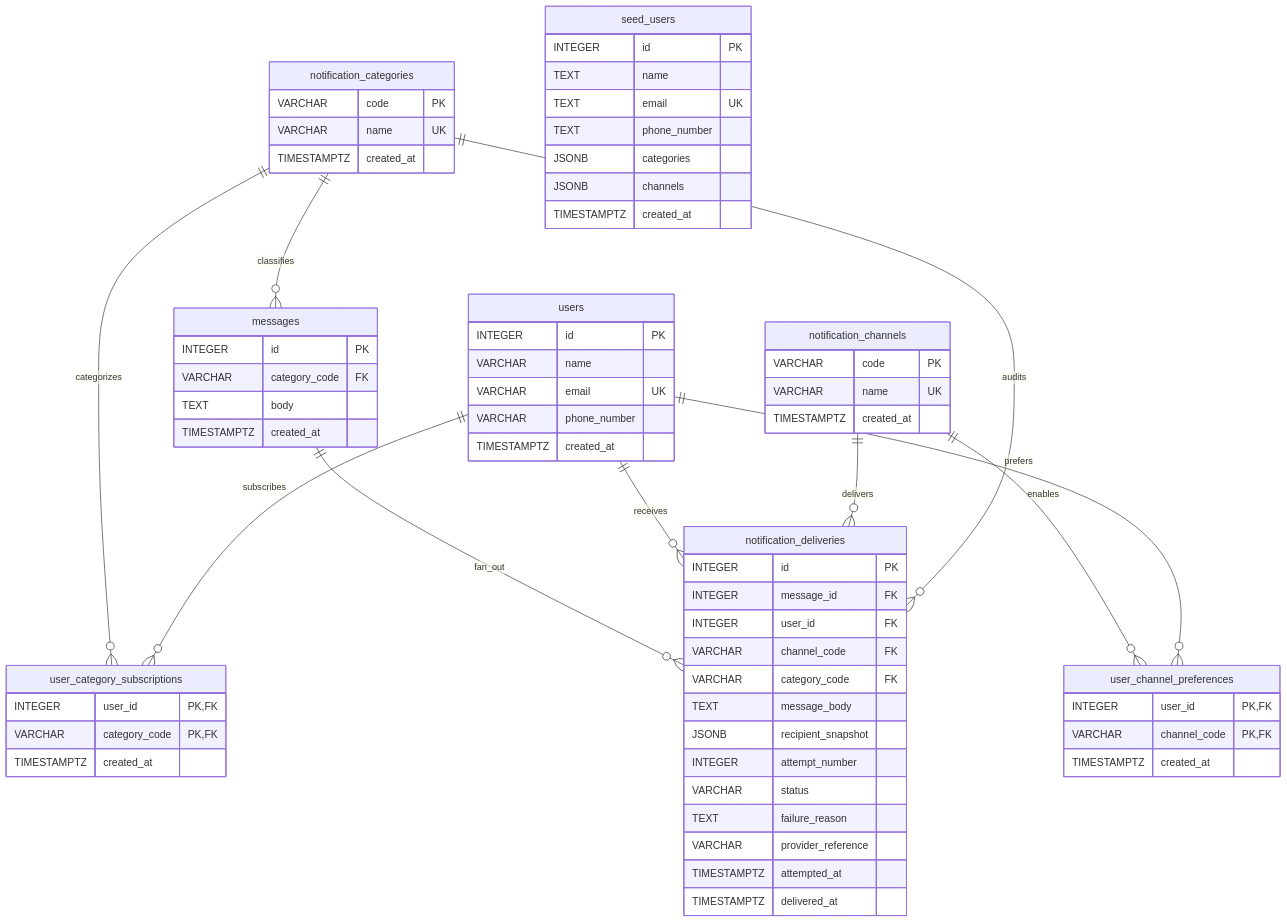
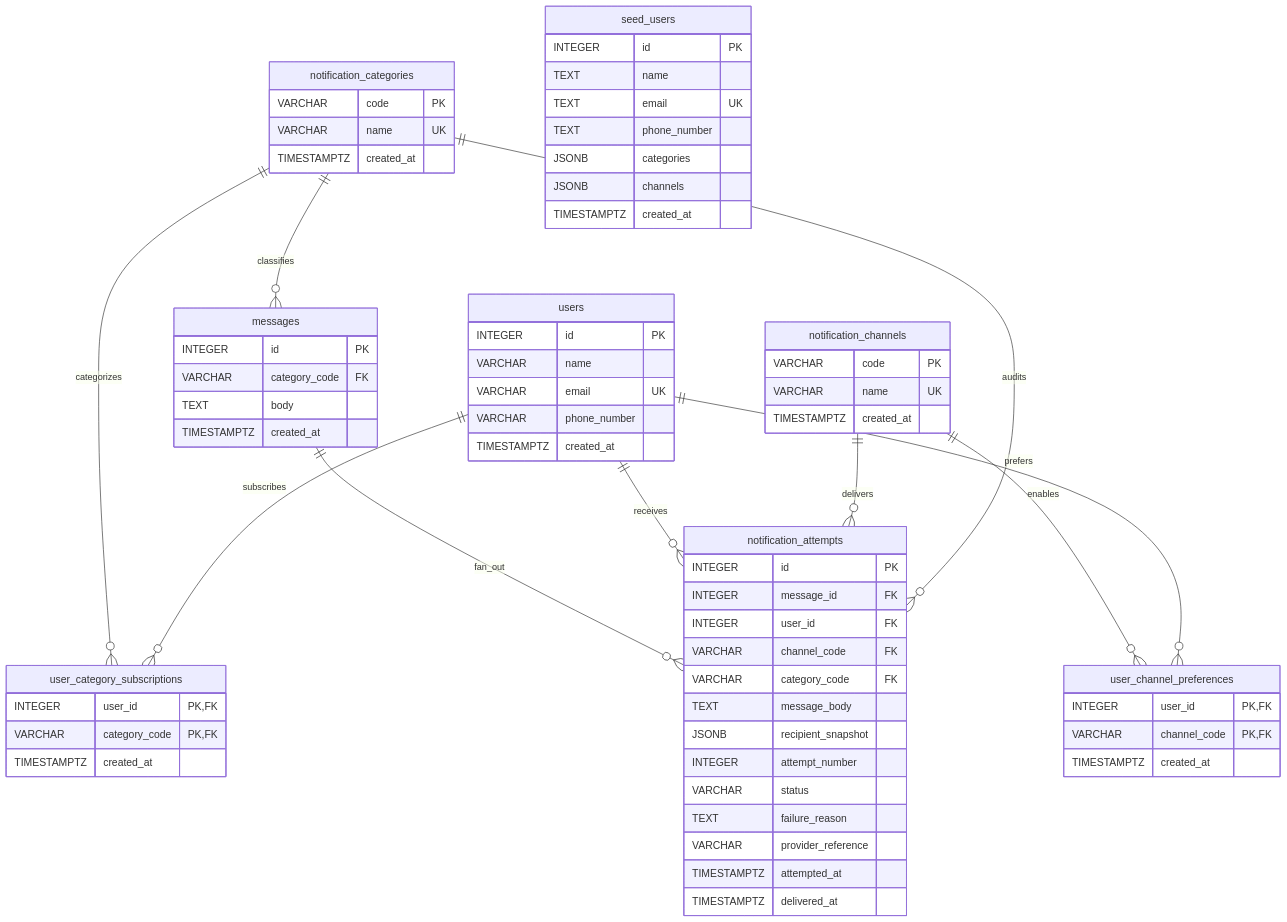
Before and after one commit to guluarte/notification-challenge: the diagram in README.md, drawn with Mermaid. The commit also changed other lines of this file and 22 other files, not shown here.

Commit message:
feat(domain): model notification attempts explicitly

````diff
--- a/README.md
+++ b/README.md
@@ -113,70 +113,70 @@
 ```mermaid
 erDiagram
     notification_categories {
         VARCHAR code PK
         VARCHAR name UK
         TIMESTAMPTZ created_at
     }
     notification_channels {
         VARCHAR code PK
         VARCHAR name UK
         TIMESTAMPTZ created_at
     }
     users {
         INTEGER id PK
         VARCHAR name
         VARCHAR email UK
         VARCHAR phone_number
         TIMESTAMPTZ created_at
     }
     user_category_subscriptions {
         INTEGER user_id PK, FK
         VARCHAR category_code PK, FK
         TIMESTAMPTZ created_at
     }
     user_channel_preferences {
         INTEGER user_id PK, FK
         VARCHAR channel_code PK, FK
         TIMESTAMPTZ created_at
     }
     messages {
         INTEGER id PK
         VARCHAR category_code FK
         TEXT body
         TIMESTAMPTZ created_at
     }
-    notification_deliveries {
+    notification_attempts {
         INTEGER id PK
         INTEGER message_id FK
         INTEGER user_id FK
         VARCHAR channel_code FK
         VARCHAR category_code FK
         TEXT message_body
         JSONB recipient_snapshot
         INTEGER attempt_number
         VARCHAR status
         TEXT failure_reason
         VARCHAR provider_reference
         TIMESTAMPTZ attempted_at
         TIMESTAMPTZ delivered_at
     }
     seed_users {
         INTEGER id PK
         TEXT name
         TEXT email UK
         TEXT phone_number
         JSONB categories
         JSONB channels
         TIMESTAMPTZ created_at
     }
 
     notification_categories ||--o{ user_category_subscriptions : categorizes
     users ||--o{ user_category_subscriptions : subscribes
     notification_channels ||--o{ user_channel_preferences : enables
     users ||--o{ user_channel_preferences : prefers
     notification_categories ||--o{ messages : classifies
-    messages ||--o{ notification_deliveries : fan_out
-    users ||--o{ notification_deliveries : receives
-    notification_channels ||--o{ notification_deliveries : delivers
-    notification_categories ||--o{ notification_deliveries : audits
+    messages ||--o{ notification_attempts : fan_out
+    users ||--o{ notification_attempts : receives
+    notification_channels ||--o{ notification_attempts : delivers
+    notification_categories ||--o{ notification_attempts : audits
 ```
````
